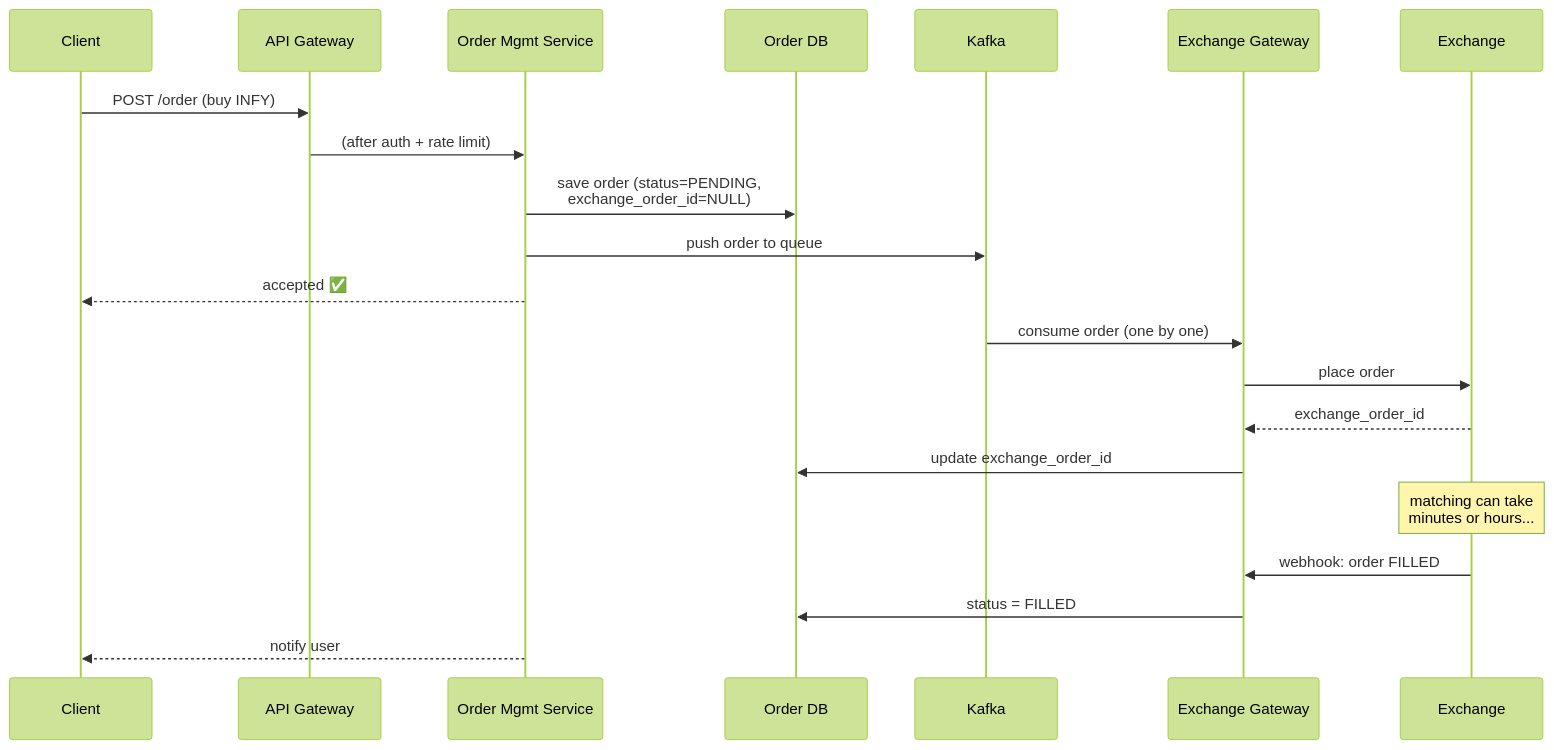
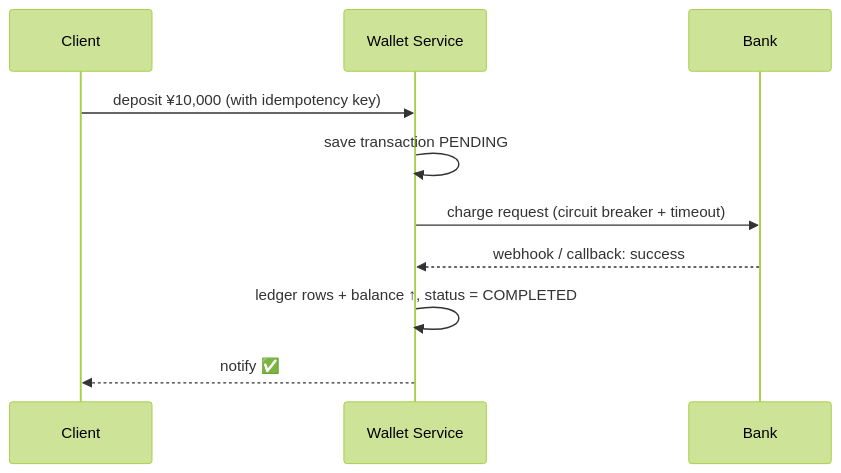
One commit to someshsangwan/SDE-Vault changed the fifth of 8 diagrams in 11_Paypay_Interview/PayPay_Securities_Design_HLD_LLD.md. Above: the diagram before and after it, drawn with Mermaid (forest theme). The commit also changed other lines of this file, not shown here.

````diff
--- a/11_Paypay_Interview/PayPay_Securities_Design_HLD_LLD.md
+++ b/11_Paypay_Interview/PayPay_Securities_Design_HLD_LLD.md
@@ -190,24 +240,13 @@
 ```mermaid
 sequenceDiagram
     participant C as Client
-    participant GW as API Gateway
-    participant OMS as Order Mgmt Service
-    participant DB as Order DB
-    participant K as Kafka
-    participant EGP as Exchange Gateway
-    participant EX as Exchange
+    participant WS as Wallet Service
+    participant B as Bank
 
-    C->>GW: POST /order (buy INFY)
-    GW->>OMS: (after auth + rate limit)
-    OMS->>DB: save order (status=PENDING,<br/>exchange_order_id=NULL)
-    OMS->>K: push order to queue
-    OMS-->>C: accepted ✅
-    K->>EGP: consume order (one by one)
-    EGP->>EX: place order
-    EX-->>EGP: exchange_order_id
-    EGP->>DB: update exchange_order_id
-    Note over EX: matching can take<br/>minutes or hours...
-    EX->>EGP: webhook: order FILLED
-    EGP->>DB: status = FILLED
-    OMS-->>C: notify user
+    C->>WS: deposit ¥10,000 (with idempotency key)
+    WS->>WS: save transaction PENDING
+    WS->>B: charge request (circuit breaker + timeout)
+    B-->>WS: webhook / callback: success
+    WS->>WS: ledger rows + balance ↑, status = COMPLETED
+    WS-->>C: notify ✅
 ```
````
